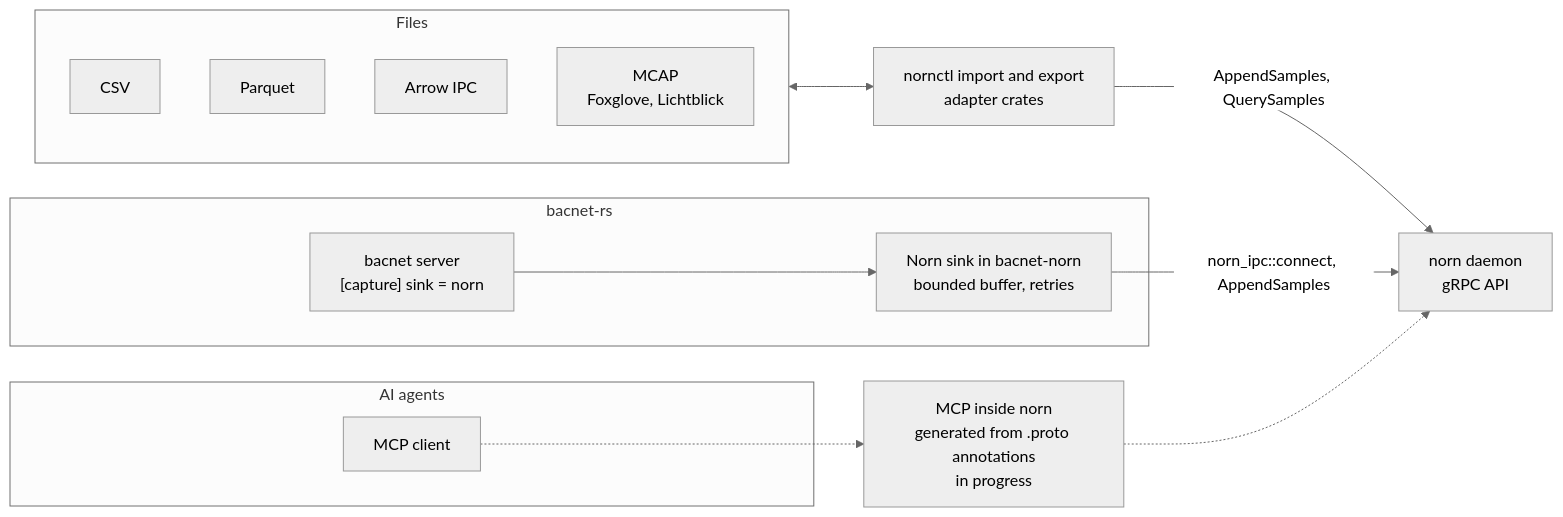
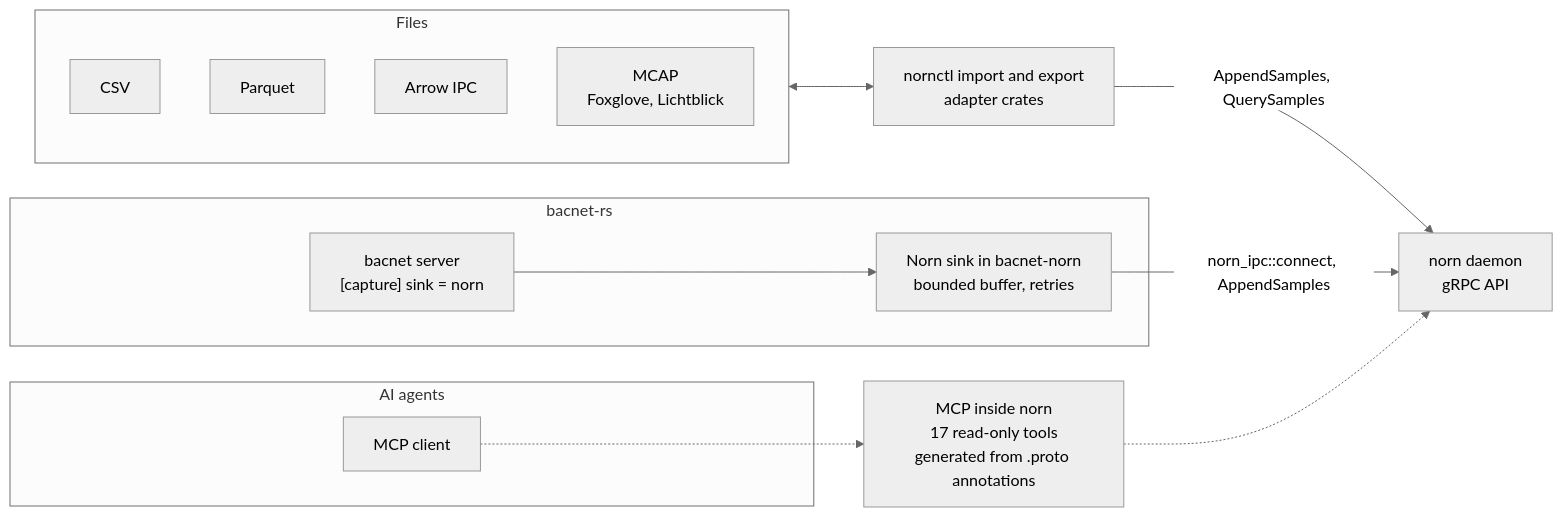
The fourth of 5 diagrams in README.md (oh-tarnished/norn), drawn with Mermaid (neutral theme) before and after one commit. The commit also changed other lines of this file and 652 other files, not shown here.

````diff
--- a/README.md
+++ b/README.md
@@ -280,29 +287,29 @@
 ```mermaid
 flowchart LR
     subgraph files["Files"]
         csv["CSV"]
         pq["Parquet"]
         arrow["Arrow IPC"]
         mcap["MCAP<br/>Foxglove, Lichtblick"]
     end
 
     subgraph bacnet["bacnet-rs"]
         bs["bacnet server<br/>[capture] sink = norn"]
         sink["Norn sink in bacnet-norn<br/>bounded buffer, retries"]
         bs --> sink
     end
 
     subgraph agents["AI agents"]
         mcpc["MCP client"]
     end
 
     ctl["nornctl import and export<br/>adapter crates"]
     norn["norn daemon<br/>gRPC API"]
-    mcpd["MCP inside norn<br/>generated from .proto annotations<br/>in progress"]
+    mcpd["MCP inside norn<br/>17 read-only tools<br/>generated from .proto annotations"]
 
     files <--> ctl
     ctl -- "AppendSamples, QuerySamples" --> norn
     sink -- "norn_ipc::connect, AppendSamples" --> norn
     mcpc -.-> mcpd
     mcpd -.-> norn
 ```
````
